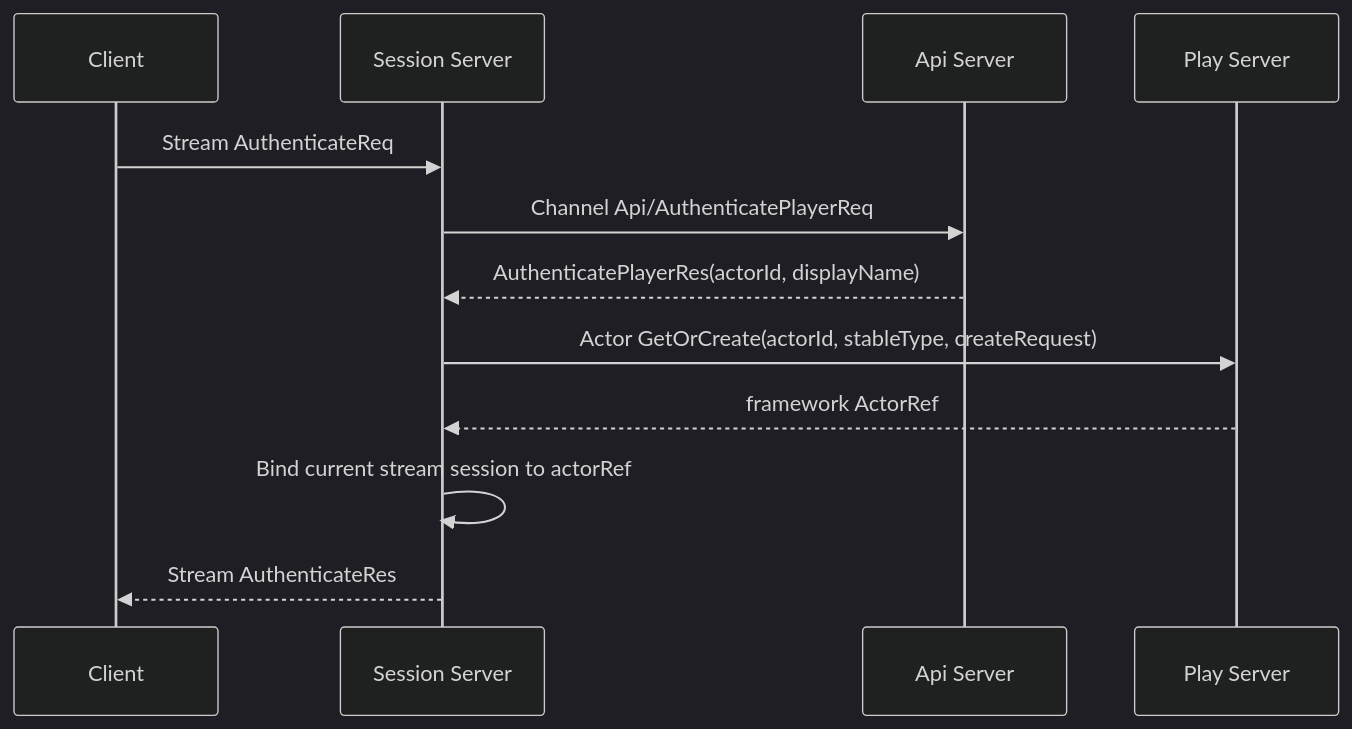
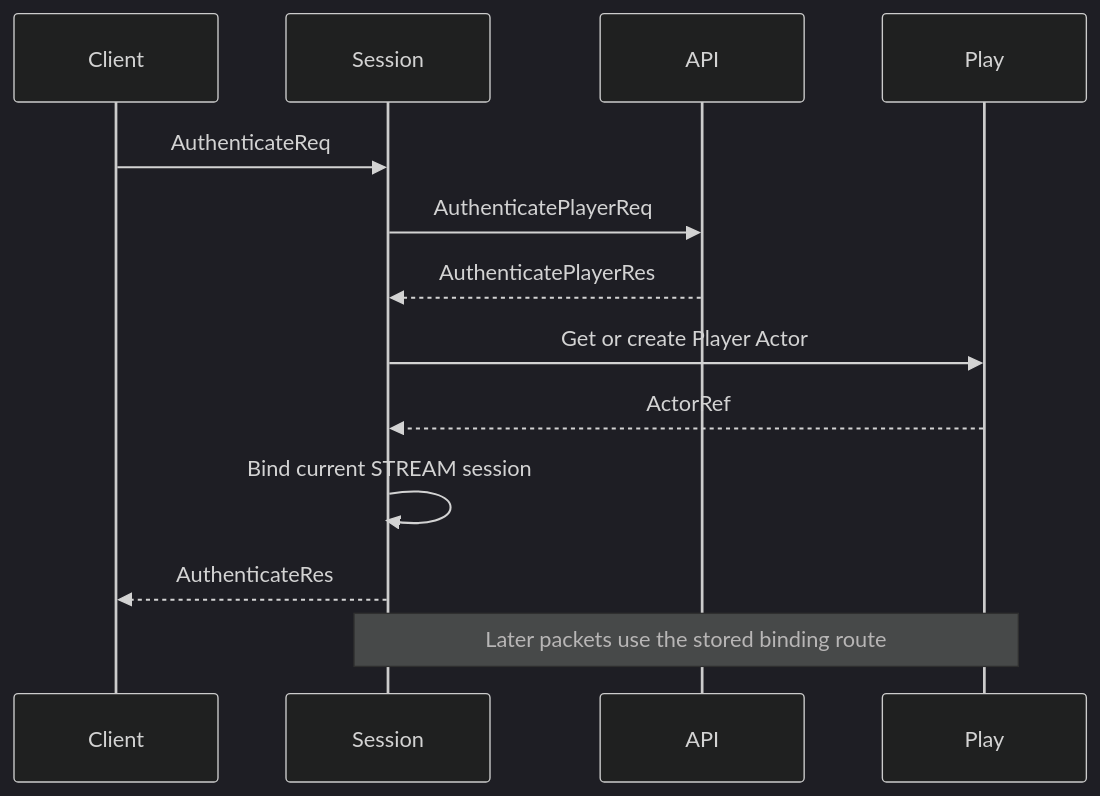
Before and after one commit to kairos-code-dev/zlink: the second of 6 diagrams in framework/doc/framework/common/sample/bingo/README.ko.md, drawn with Mermaid (dark theme). The commit also changed other lines of this file and 39 other files, not shown here.

````diff
--- a/framework/doc/framework/common/sample/bingo/README.ko.md
+++ b/framework/doc/framework/common/sample/bingo/README.ko.md
@@ -974,15 +397,16 @@
 ```mermaid
 sequenceDiagram
-    participant C as Client
-    participant S as Session Server
-    participant API as Api Server
-    participant P as Play Server
+    participant Client
+    participant Session
+    participant API
+    participant Play
 
-    C->>S: Stream AuthenticateReq
-    S->>API: Channel Api/AuthenticatePlayerReq
-    API-->>S: AuthenticatePlayerRes(actorId, displayName)
-    S->>P: Actor GetOrCreate(actorId, stableType, createRequest)
-    P-->>S: framework ActorRef
-    S->>S: Bind current stream session to actorRef
-    S-->>C: Stream AuthenticateRes
+    Client->>Session: AuthenticateReq
+    Session->>API: AuthenticatePlayerReq
+    API-->>Session: AuthenticatePlayerRes
+    Session->>Play: Get or create Player Actor
+    Play-->>Session: ActorRef
+    Session->>Session: Bind current STREAM session
+    Session-->>Client: AuthenticateRes
+    Note over Session,Play: Later packets use the stored binding route
 ```
````
